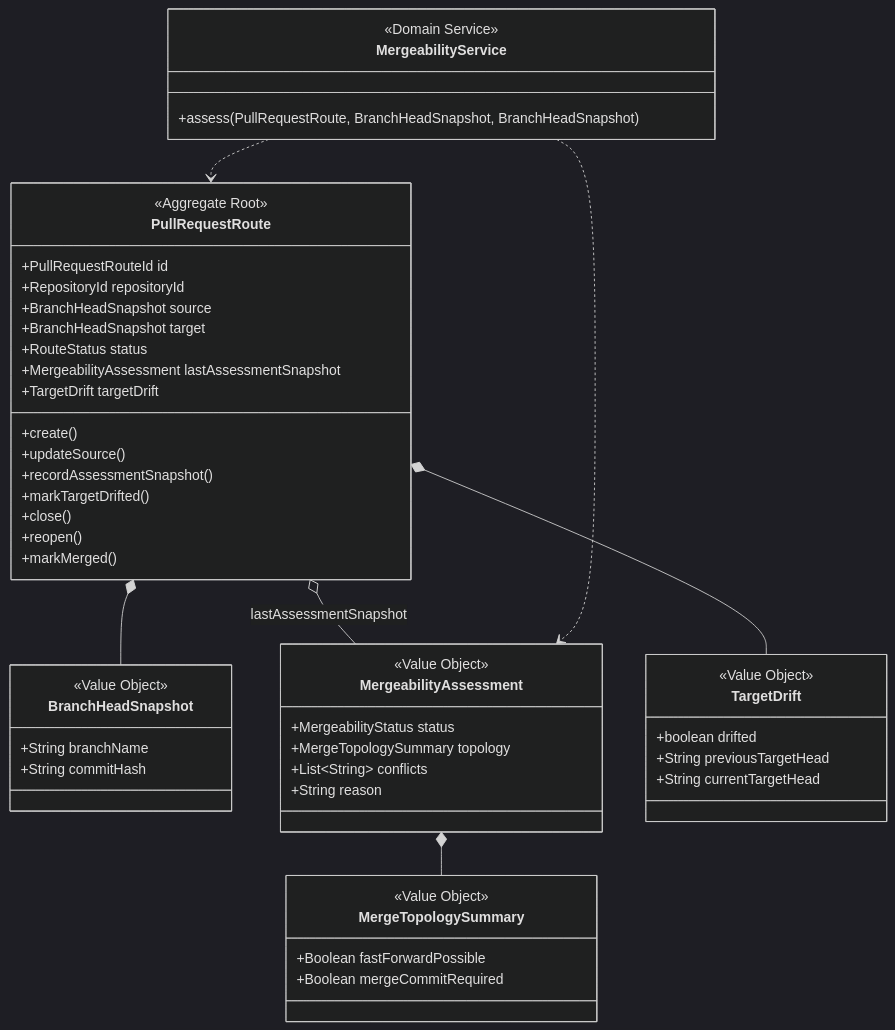
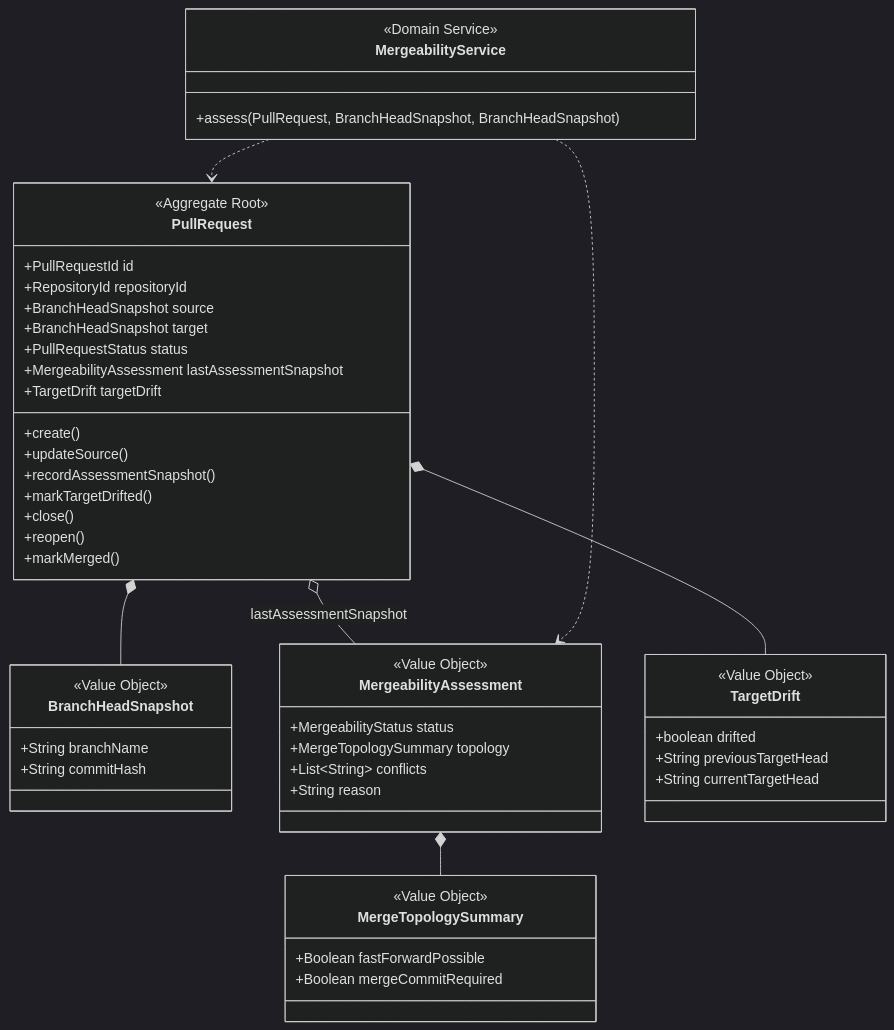
One commit to jgitkins/jgitkins changed the diagram in docs/modeling/domain/change-graph-context.md. Above: the diagram before and after it, drawn with Mermaid (dark theme). The commit also changed other lines of this file and 32 other files, not shown here.

Commit message:
refactor: 2.15 [server] introduce pull request domain persistence seam

````diff
--- a/docs/modeling/domain/change-graph-context.md
+++ b/docs/modeling/domain/change-graph-context.md
@@ -115,59 +115,59 @@
 ```mermaid
 classDiagram
-    class PullRequestRoute {
+    class PullRequest {
         <<Aggregate Root>>
-        +PullRequestRouteId id
+        +PullRequestId id
         +RepositoryId repositoryId
         +BranchHeadSnapshot source
         +BranchHeadSnapshot target
-        +RouteStatus status
+        +PullRequestStatus status
         +MergeabilityAssessment lastAssessmentSnapshot
         +TargetDrift targetDrift
         +create()
         +updateSource()
         +recordAssessmentSnapshot()
         +markTargetDrifted()
         +close()
         +reopen()
         +markMerged()
     }
 
     class BranchHeadSnapshot {
         <<Value Object>>
         +String branchName
         +String commitHash
     }
 
     class MergeabilityAssessment {
         <<Value Object>>
         +MergeabilityStatus status
         +MergeTopologySummary topology
         +List~String~ conflicts
         +String reason
     }
 
     class MergeTopologySummary {
         <<Value Object>>
         +Boolean fastForwardPossible
         +Boolean mergeCommitRequired
     }
 
     class TargetDrift {
         <<Value Object>>
         +boolean drifted
         +String previousTargetHead
         +String currentTargetHead
     }
 
     class MergeabilityService {
         <<Domain Service>>
-        +assess(PullRequestRoute, BranchHeadSnapshot, BranchHeadSnapshot)
+        +assess(PullRequest, BranchHeadSnapshot, BranchHeadSnapshot)
     }
 
-    PullRequestRoute *-- BranchHeadSnapshot
-    PullRequestRoute o-- MergeabilityAssessment : lastAssessmentSnapshot
-    PullRequestRoute *-- TargetDrift
+    PullRequest *-- BranchHeadSnapshot
+    PullRequest o-- MergeabilityAssessment : lastAssessmentSnapshot
+    PullRequest *-- TargetDrift
     MergeabilityAssessment *-- MergeTopologySummary
-    MergeabilityService ..> PullRequestRoute
+    MergeabilityService ..> PullRequest
     MergeabilityService ..> MergeabilityAssessment
 ```
````
